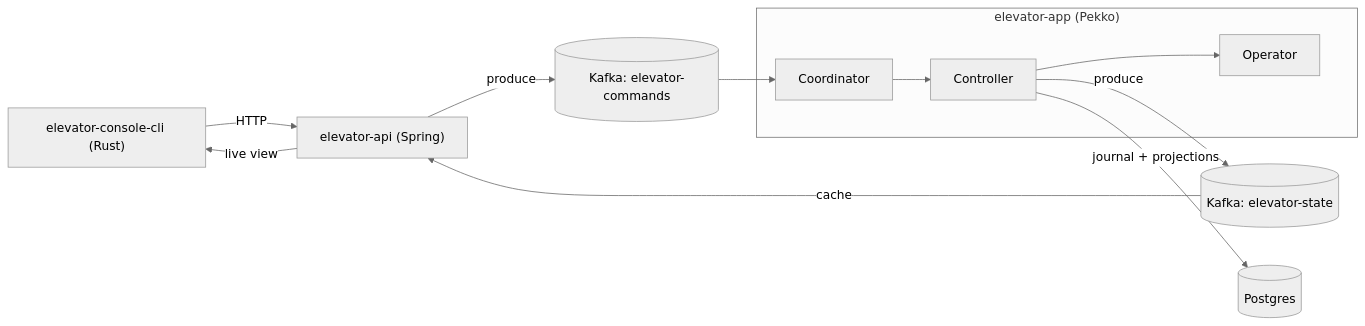
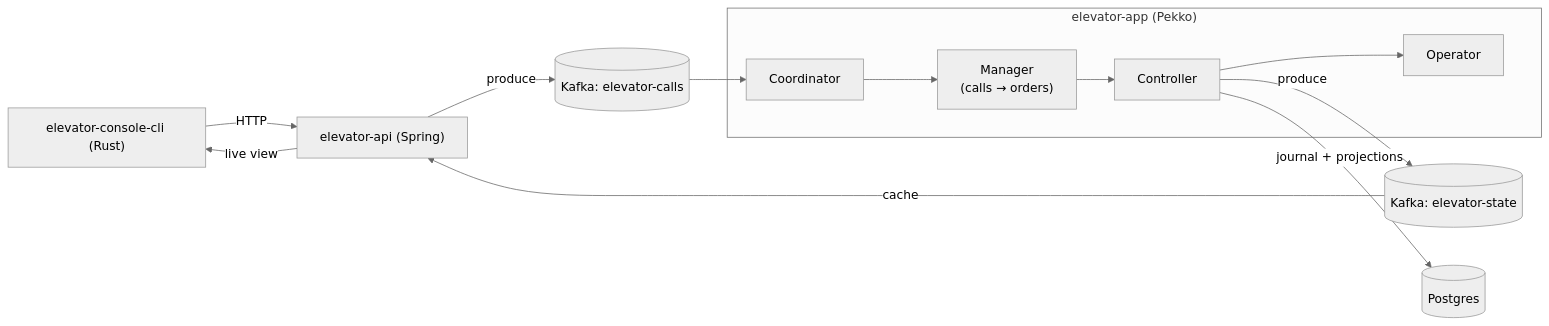
The diagram in README.md (TwistedLady/elevator-system), drawn with Mermaid (neutral theme) before and after one commit. The commit also changed other lines of this file and 19 other files, not shown here.

````diff
--- a/README.md
+++ b/README.md
@@ -15,12 +17,12 @@
 ```mermaid
 flowchart LR
   console["elevator-console-cli (Rust)"] -->|HTTP| api["elevator-api (Spring)"]
-  api -->|produce| cmd[("Kafka: elevator-commands")]
+  api -->|produce| calls[("Kafka: elevator-calls")]
   subgraph app["elevator-app (Pekko)"]
-    coord["Coordinator"] --> ctrl["Controller"] --> op["Operator"]
+    coord["Coordinator"] --> mgr["Manager<br/>(calls → orders)"] --> ctrl["Controller"] --> op["Operator"]
   end
-  cmd --> coord
+  calls --> coord
   ctrl -->|produce| state[("Kafka: elevator-state")]
   state -->|cache| api -->|live view| console
   ctrl -->|journal + projections| pg[("Postgres")]
 ```
````
